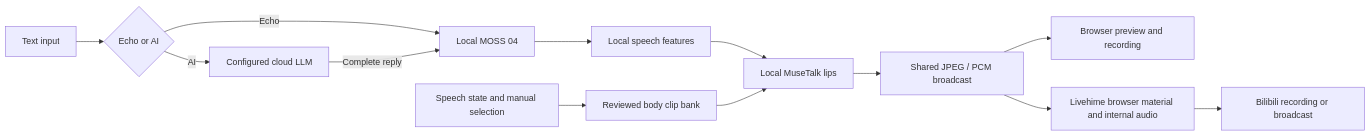
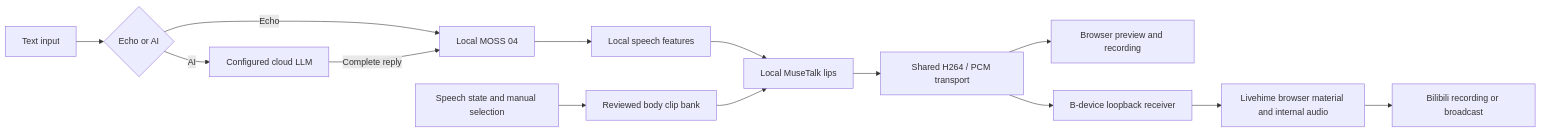
Before and after one commit to wikigsroom/Ai-Talk-Streamer: the diagram in README.md, drawn with Mermaid. The commit also changed other lines of this file and 53 other files, not shown here.

Commit message:
feat: split 4090 inference from native Livehime receiver

````diff
--- a/README.md
+++ b/README.md
@@ -69,15 +71,16 @@
 ```mermaid
 flowchart LR
     I[Text input] --> M{Echo or AI}
     M -->|Echo| T[Local MOSS 04]
     M -->|AI| L[Configured cloud LLM]
     L -->|Complete reply| T
     T --> A[Local speech features]
     A --> U[Local MuseTalk lips]
     B[Reviewed body clip bank] --> U
     S[Speech state and manual selection] --> B
-    U --> J[Shared JPEG / PCM broadcast]
+    U --> J[Shared H264 / PCM transport]
     J --> W[Browser preview and recording]
-    J --> O[Livehime browser material and internal audio]
+    J --> R[B-device loopback receiver]
+    R --> O[Livehime browser material and internal audio]
     O --> P[Bilibili recording or broadcast]
 ```
````
